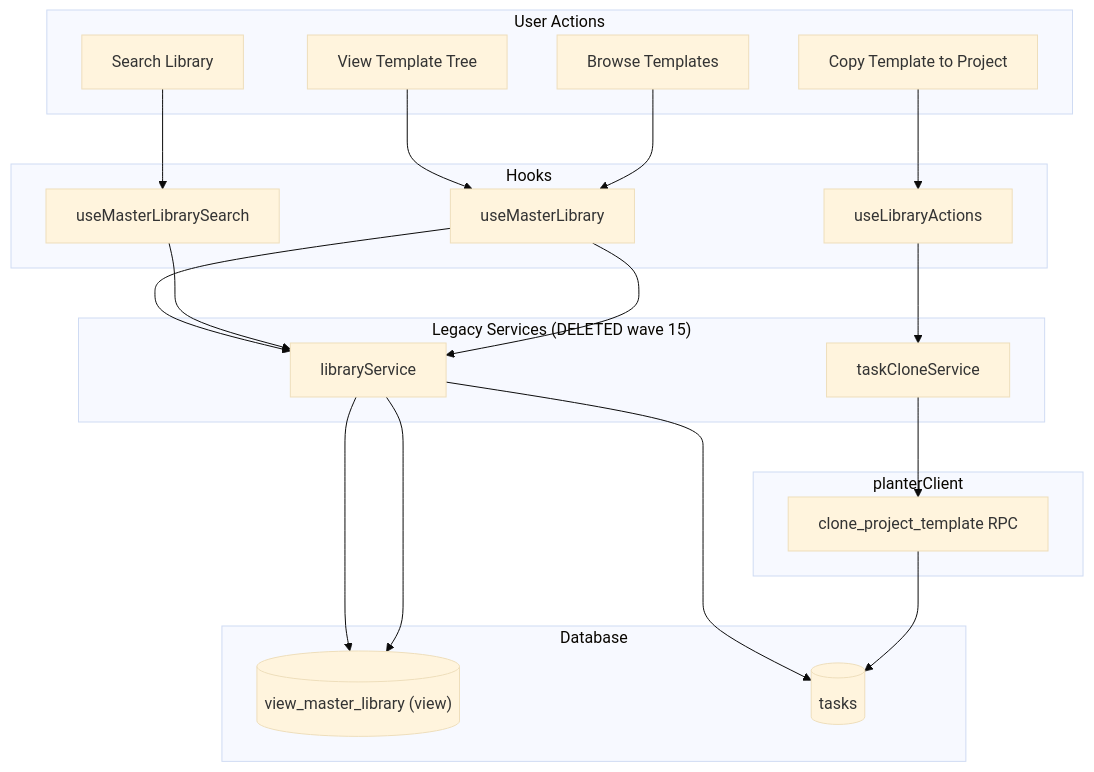
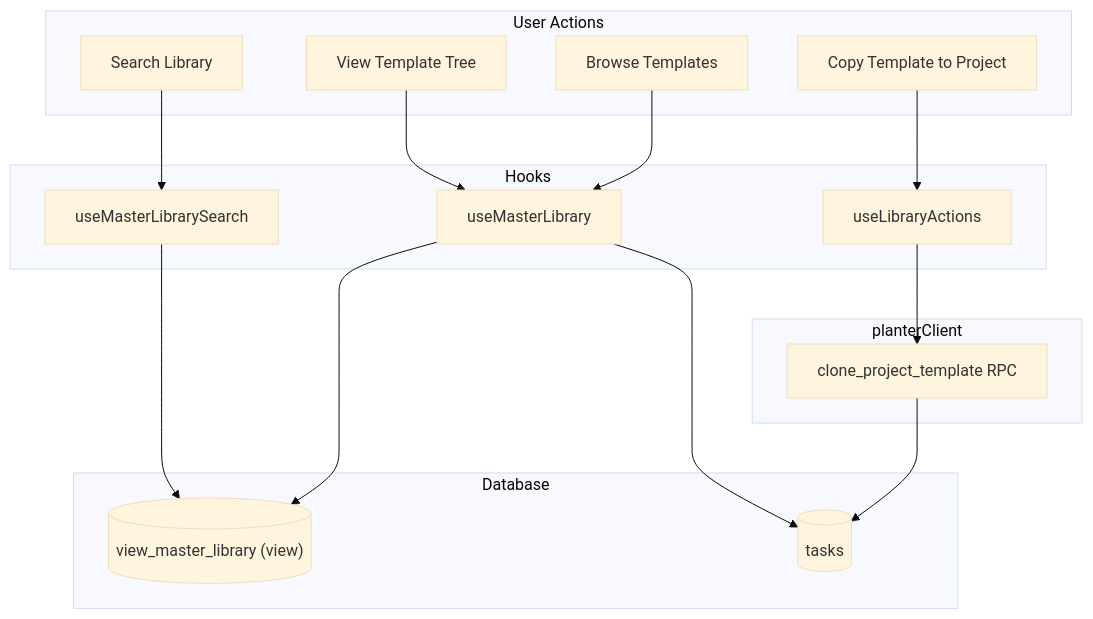
Before and after one commit to JoelA510/PlanterPlan-Alpha: the sixth of 10 diagrams in .ai-ignore/docs/PROJECT_MIND_MAP.md, drawn with Mermaid (base theme). The commit also changed other lines of this file and 5 other files, not shown here.

Commit message:
docs: finalize Wave 15 recap and comprehensive architecture updates

````diff
--- a/.ai-ignore/docs/PROJECT_MIND_MAP.md
+++ b/.ai-ignore/docs/PROJECT_MIND_MAP.md
@@ -538,34 +534,29 @@
 ```mermaid
 flowchart TD
     subgraph "User Actions"
         L1[Browse Templates]
         L2[Search Library]
         L3[Copy Template to Project]
         L4[View Template Tree]
     end
 
     subgraph "Hooks"
         LH1[useMasterLibrary]
         LH2[useMasterLibrarySearch]
         LH3[useLibraryActions]
     end
 
-    subgraph "Legacy Services (DELETED wave 15)"
-        LS[libraryService]
-        TCS2[taskCloneService]
-    end
-
     subgraph "Database"
         DB_VML[("view_master_library (view)")]
         DB_T3[(tasks)]
     end
 
     subgraph "planterClient"
         PC_RPC["clone_project_template RPC"]
     end
 
-    L1 --> LH1 --> LS --> DB_VML
-    L2 --> LH2 --> LS --> DB_VML
-    L3 --> LH3 --> TCS2 --> PC_RPC --> DB_T3
-    L4 --> LH1 --> LS --> DB_T3
+    L1 --> LH1 --> DB_VML
+    L2 --> LH2 --> DB_VML
+    L3 --> LH3 --> PC_RPC --> DB_T3
+    L4 --> LH1 --> DB_T3
 ```
````
